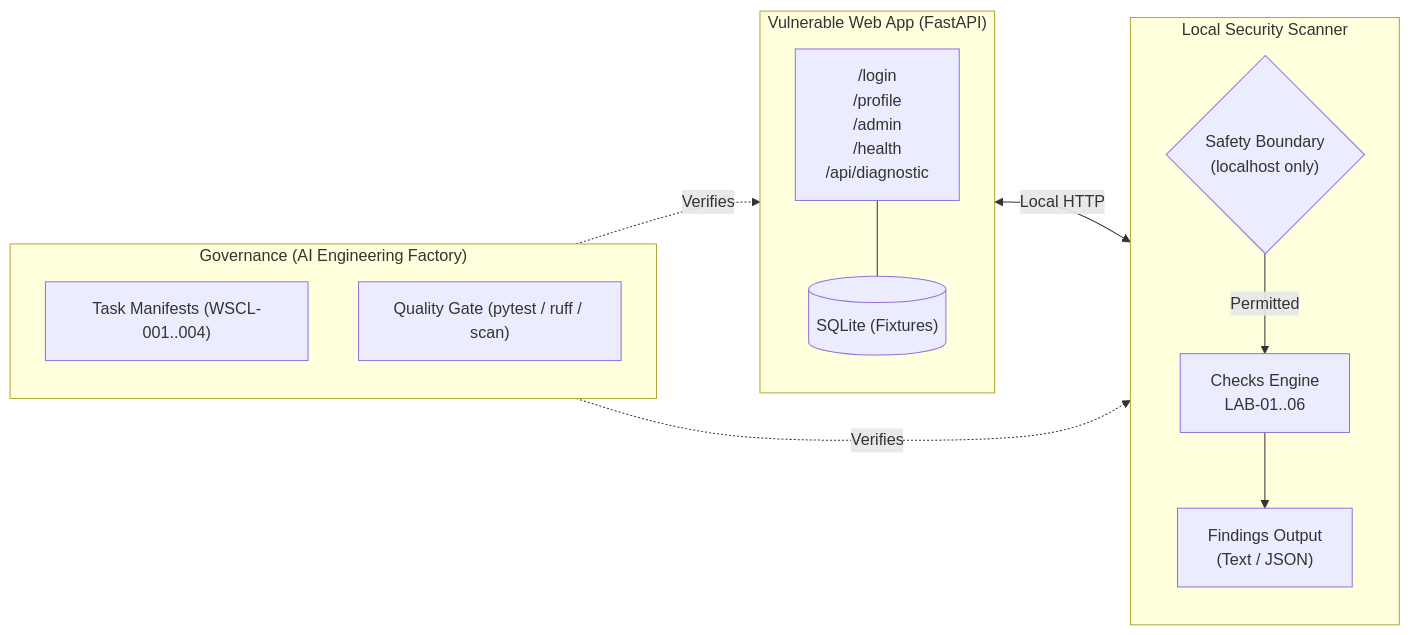
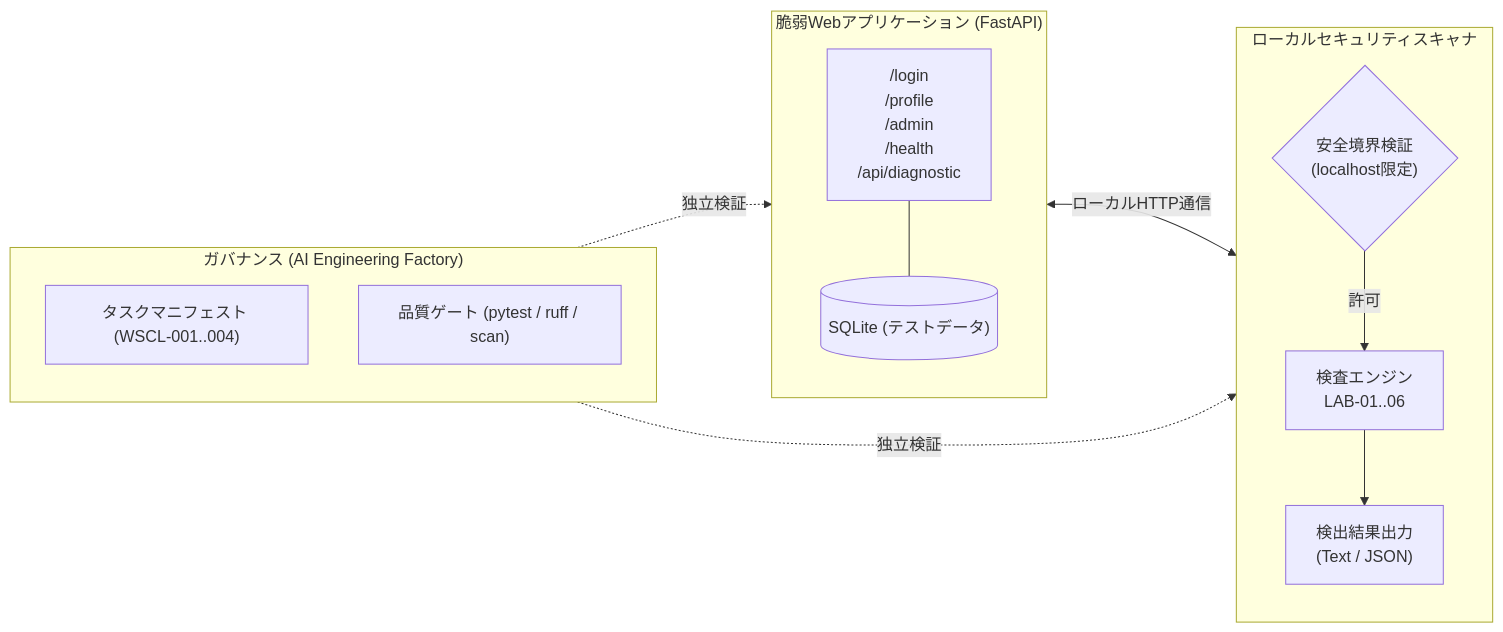
Before and after one commit to moruku36/web-security-control-lab: the diagram in README.md, drawn with Mermaid. The commit also changed other lines of this file, not shown here.

````diff
--- a/README.md
+++ b/README.md
@@ -24,25 +24,25 @@
 ```mermaid
 flowchart LR
-    subgraph Target["Vulnerable Web App (FastAPI)"]
+    subgraph Target["脆弱Webアプリケーション (FastAPI)"]
         Endpoints["/login<br/>/profile<br/>/admin<br/>/health<br/>/api/diagnostic"]
-        Store[("SQLite (Fixtures)")]
+        Store[("SQLite (テストデータ)")]
         Endpoints --- Store
     end
 
-    subgraph Scanner["Local Security Scanner"]
-        Validator{"Safety Boundary<br/>(localhost only)"}
-        Audits["Checks Engine<br/>LAB-01..06"]
-        Report["Findings Output<br/>(Text / JSON)"]
+    subgraph Scanner["ローカルセキュリティスキャナ"]
+        Validator{"安全境界検証<br/>(localhost限定)"}
+        Audits["検査エンジン<br/>LAB-01..06"]
+        Report["検出結果出力<br/>(Text / JSON)"]
 
-        Validator -->|Permitted| Audits --> Report
+        Validator -->|許可| Audits --> Report
     end
 
-    subgraph Factory["Governance (AI Engineering Factory)"]
-        Tasks["Task Manifests (WSCL-001..004)"]
-        Gate["Quality Gate (pytest / ruff / scan)"]
+    subgraph Factory["ガバナンス (AI Engineering Factory)"]
+        Tasks["タスクマニフェスト (WSCL-001..004)"]
+        Gate["品質ゲート (pytest / ruff / scan)"]
     end
 
-    Target <-->|Local HTTP| Scanner
-    Factory -.->|Verifies| Target
-    Factory -.->|Verifies| Scanner
+    Target <-->|ローカルHTTP通信| Scanner
+    Factory -.->|独立検証| Target
+    Factory -.->|独立検証| Scanner
 ```
````
